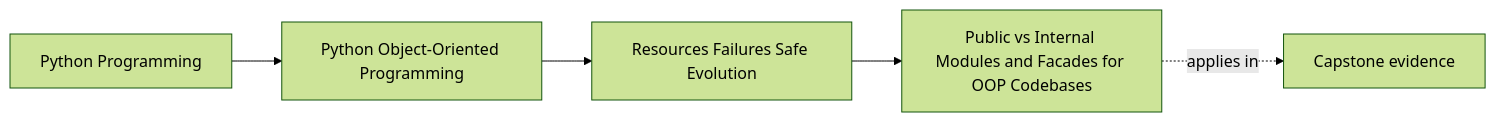
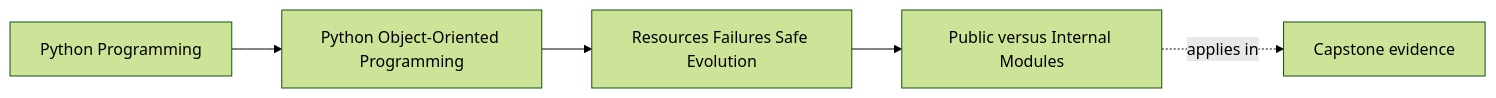
One commit to bijux/bijux-masterclass changed the first of 2 diagrams in programs/python-programming/python-object-oriented-programming/course-book/module-05-resources-failures-safe-evolution/public-versus-internal-modules.md. Above: the diagram before and after it, drawn with Mermaid (forest theme). The commit also changed other lines of this file, not shown here.

Commit message:
docs(oop): distinguish stable imports from internals

````diff
--- a/programs/python-programming/python-object-oriented-programming/course-book/module-05-resources-failures-safe-evolution/public-versus-internal-modules.md
+++ b/programs/python-programming/python-object-oriented-programming/course-book/module-05-resources-failures-safe-evolution/public-versus-internal-modules.md
@@ -7,11 +6,11 @@
 ```mermaid
 graph LR
   family["Python Programming"]
   program["Python Object-Oriented Programming"]
   section["Resources Failures Safe Evolution"]
-  page["Public vs Internal Modules and Facades for OOP Codebases"]
+  page["Public versus Internal Modules"]
   capstone["Capstone evidence"]
 
   family --> program --> section --> page
   page -.applies in.-> capstone
 ```
````
